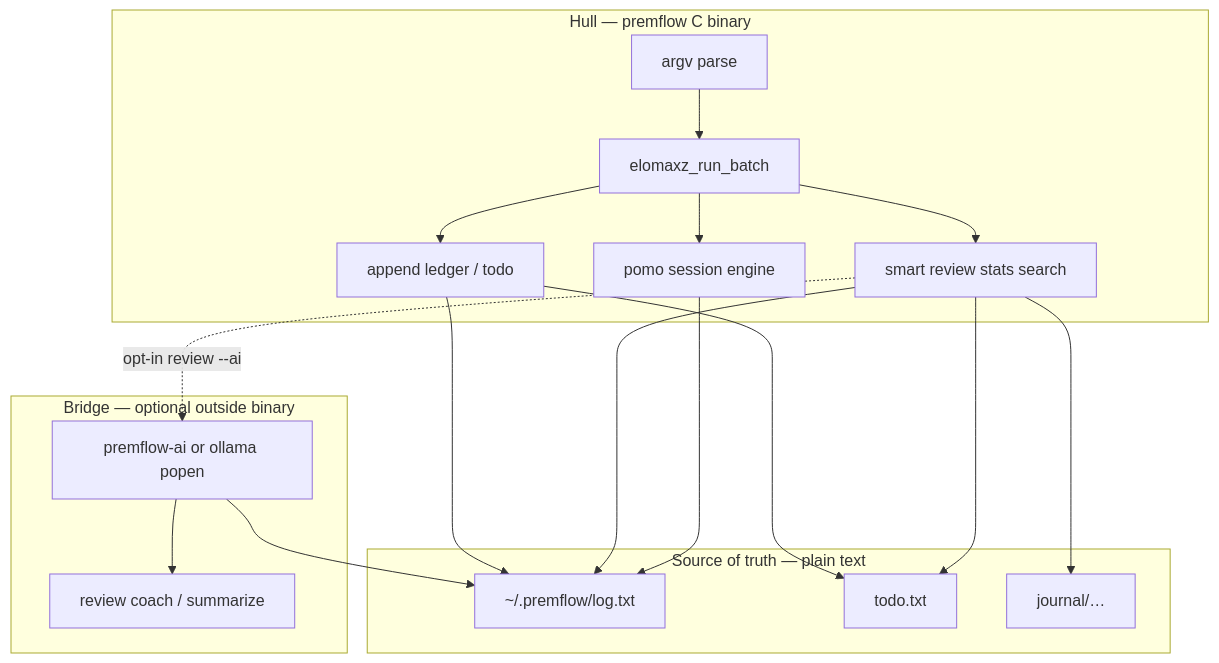
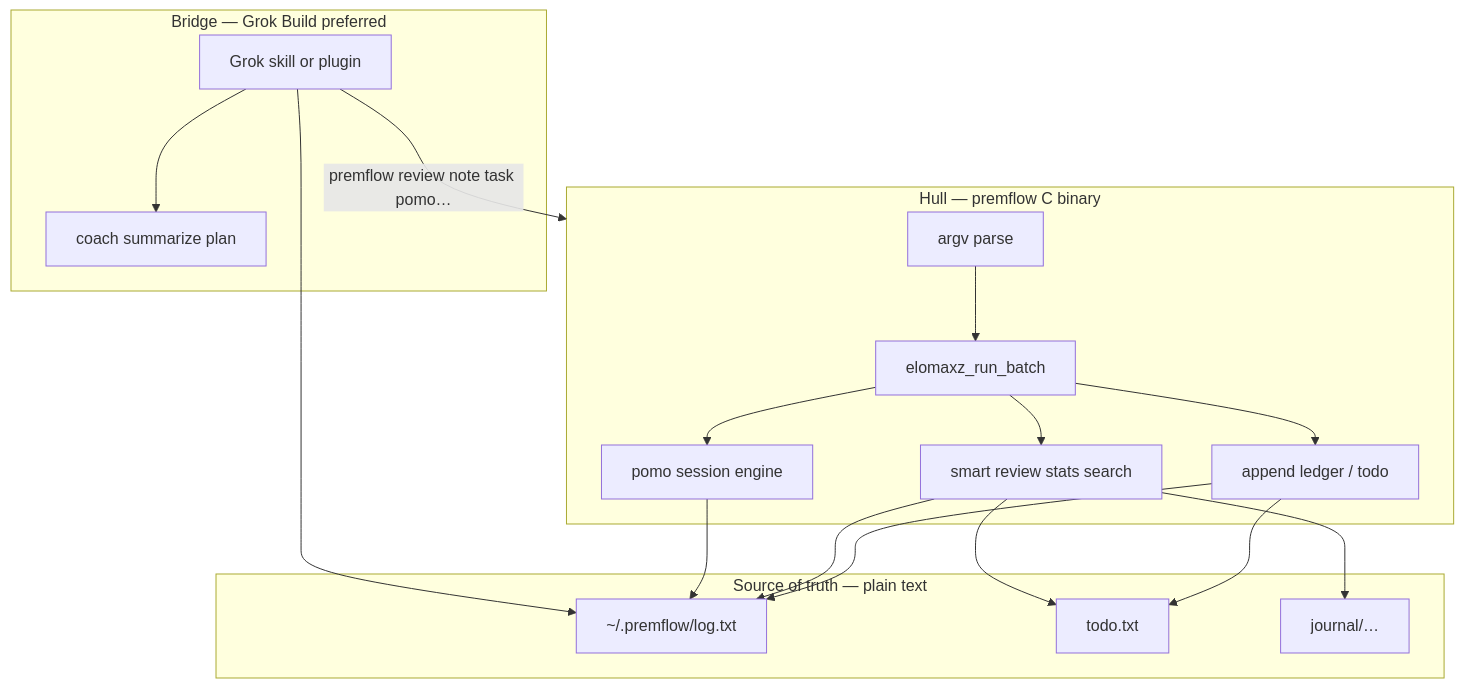
The first of 11 diagrams in designs/coming-next.md (thecuriousts/premflow), drawn with Mermaid before and after one commit. The commit also changed other lines of this file and 2 other files, not shown here.

First line of the commit message:
docs: reframe AI path as Grok driving premflow

````diff
--- a/designs/coming-next.md
+++ b/designs/coming-next.md
@@ -28,27 +29,27 @@
 ```mermaid
 flowchart TB
   subgraph hull2036 ["Hull — premflow C binary"]
     argv[argv parse] --> mvu[elomaxz_run_batch]
     mvu --> ledgerW[append ledger / todo]
     mvu --> project[smart review stats search]
     mvu --> focus[pomo session engine]
   end
   subgraph sot2036 ["Source of truth — plain text"]
     logF["~/.premflow/log.txt"]
     todoF["todo.txt"]
     jrnF["journal/…"]
   end
-  subgraph bridge2036 ["Bridge — optional outside binary"]
-    helper[premflow-ai or ollama popen]
-    coach[review coach / summarize]
+  subgraph bridge2036 ["Bridge — Grok Build preferred"]
+    grok[Grok skill or plugin]
+    coach[coach summarize plan]
   end
   ledgerW --> logF
   ledgerW --> todoF
   project --> logF
   project --> todoF
   project --> jrnF
   focus --> logF
-  project -.->|"opt-in review --ai"| helper
-  helper --> coach
-  helper --> logF
+  grok -->|"premflow review note task pomo…"| hull2036
+  grok --> logF
+  grok --> coach
 ```
````
